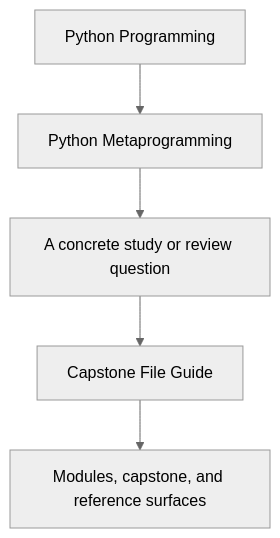
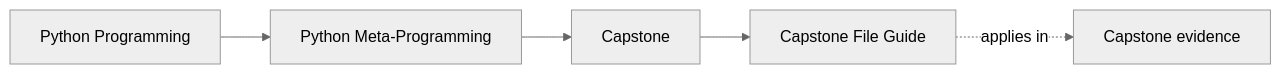
One commit to bijux/bijux-masterclass changed the first of 2 diagrams in programs/python-programming/python-meta-programming/course-book/capstone/capstone-file-guide.md. Above: the diagram before and after it, drawn with Mermaid (neutral theme). The commit also changed other lines of this file and 91 other files, not shown here.

Commit message:
docs(python-meta-programming): map advanced runtime and capstone surfaces

````diff
--- a/programs/python-programming/python-meta-programming/course-book/capstone/capstone-file-guide.md
+++ b/programs/python-programming/python-meta-programming/course-book/capstone/capstone-file-guide.md
@@ -6,7 +6,11 @@
 ```mermaid
-flowchart TD
-  family["Python Programming"] --> program["Python Metaprogramming"]
-  program --> pressure["A concrete study or review question"]
-  pressure --> guide["Capstone File Guide"]
-  guide --> next["Modules, capstone, and reference surfaces"]
+graph LR
+  family["Python Programming"]
+  program["Python Meta-Programming"]
+  section["Capstone"]
+  page["Capstone File Guide"]
+  capstone["Capstone evidence"]
+
+  family --> program --> section --> page
+  page -.applies in.-> capstone
 ```
````
